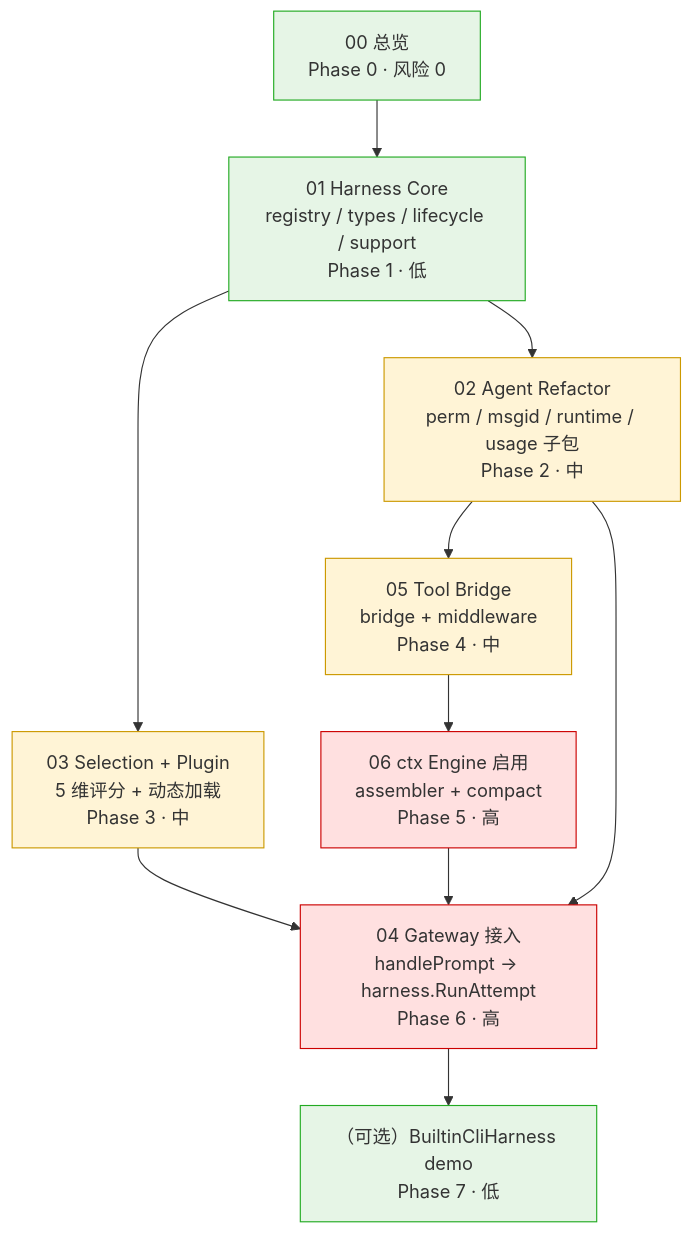
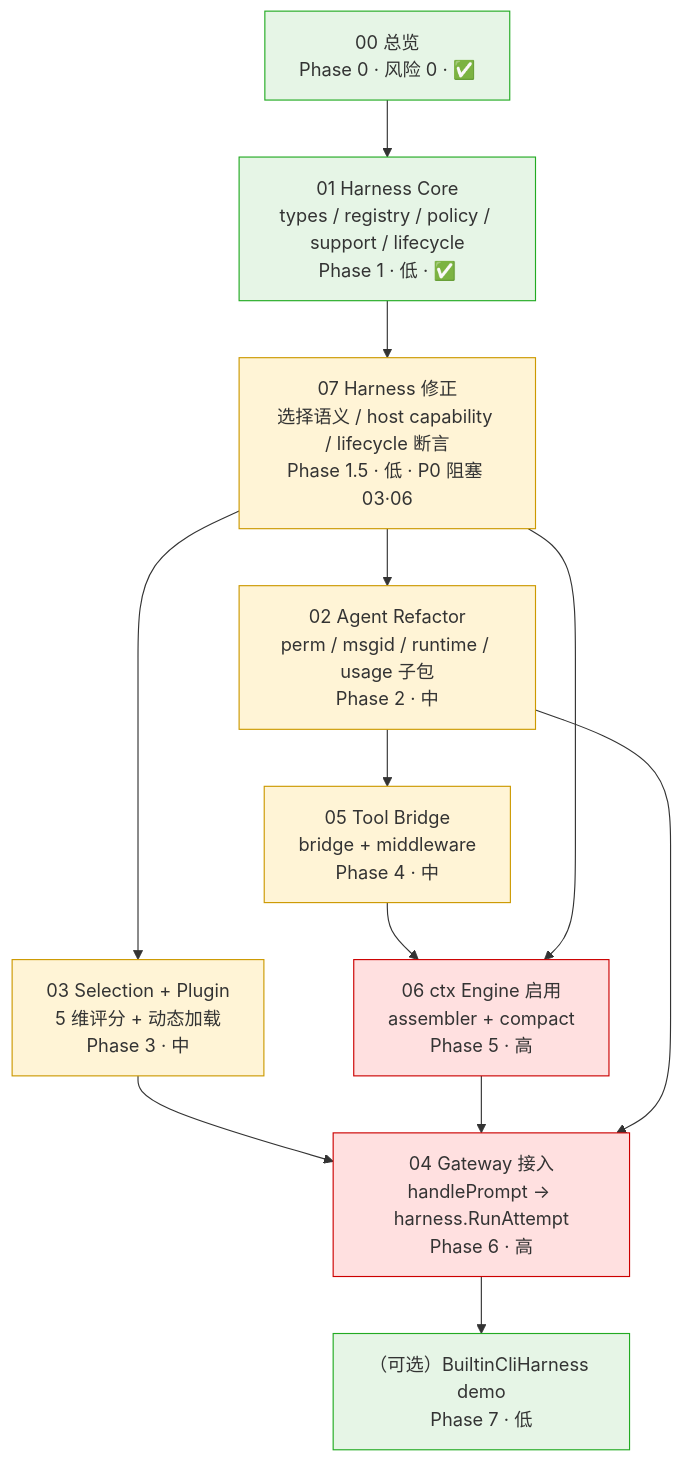
The diagram in specs/features/agent-harness-architecture/README.md (darven-cs/darvin-cowork), drawn with Mermaid before and after one commit. The commit also changed other lines of this file and 8 other files, not shown here.

First line of the commit message:
docs(spec): rewrite harness core spec as-built and add corrections spec

````diff
--- a/specs/features/agent-harness-architecture/README.md
+++ b/specs/features/agent-harness-architecture/README.md
@@ -26,28 +31,31 @@
 ```mermaid
 flowchart TD
-    S00["00 总览<br/>Phase 0 · 风险 0"]
-    S01["01 Harness Core<br/>registry / types / lifecycle / support<br/>Phase 1 · 低"]
+    S00["00 总览<br/>Phase 0 · 风险 0 · ✅"]
+    S01["01 Harness Core<br/>types / registry / policy / support / lifecycle<br/>Phase 1 · 低 · ✅"]
+    S07["07 Harness 修正<br/>选择语义 / host capability / lifecycle 断言<br/>Phase 1.5 · 低 · P0 阻塞 03·06"]
     S02["02 Agent Refactor<br/>perm / msgid / runtime / usage 子包<br/>Phase 2 · 中"]
     S03["03 Selection + Plugin<br/>5 维评分 + 动态加载<br/>Phase 3 · 中"]
     S05["05 Tool Bridge<br/>bridge + middleware<br/>Phase 4 · 中"]
     S06["06 ctx Engine 启用<br/>assembler + compact<br/>Phase 5 · 高"]
     S04["04 Gateway 接入<br/>handlePrompt → harness.RunAttempt<br/>Phase 6 · 高"]
-    S07["（可选）BuiltinCliHarness demo<br/>Phase 7 · 低"]
+    S08["（可选）BuiltinCliHarness demo<br/>Phase 7 · 低"]
 
     S00 --> S01
-    S01 --> S02
-    S01 --> S03
+    S01 --> S07
+    S07 --> S02
+    S07 --> S03
     S02 --> S05
     S03 --> S04
     S05 --> S06
+    S07 --> S06
     S06 --> S04
     S02 --> S04
-    S04 --> S07
+    S04 --> S08
 
     classDef high fill:#ffe0e0,stroke:#c00
     classDef mid fill:#fff4d6,stroke:#c90
     classDef low fill:#e6f5e6,stroke:#2a2
     class S06,S04 high
-    class S02,S03,S05 mid
-    class S00,S01,S07 low
+    class S02,S03,S05,S07 mid
+    class S00,S01,S08 low
 ```
````
